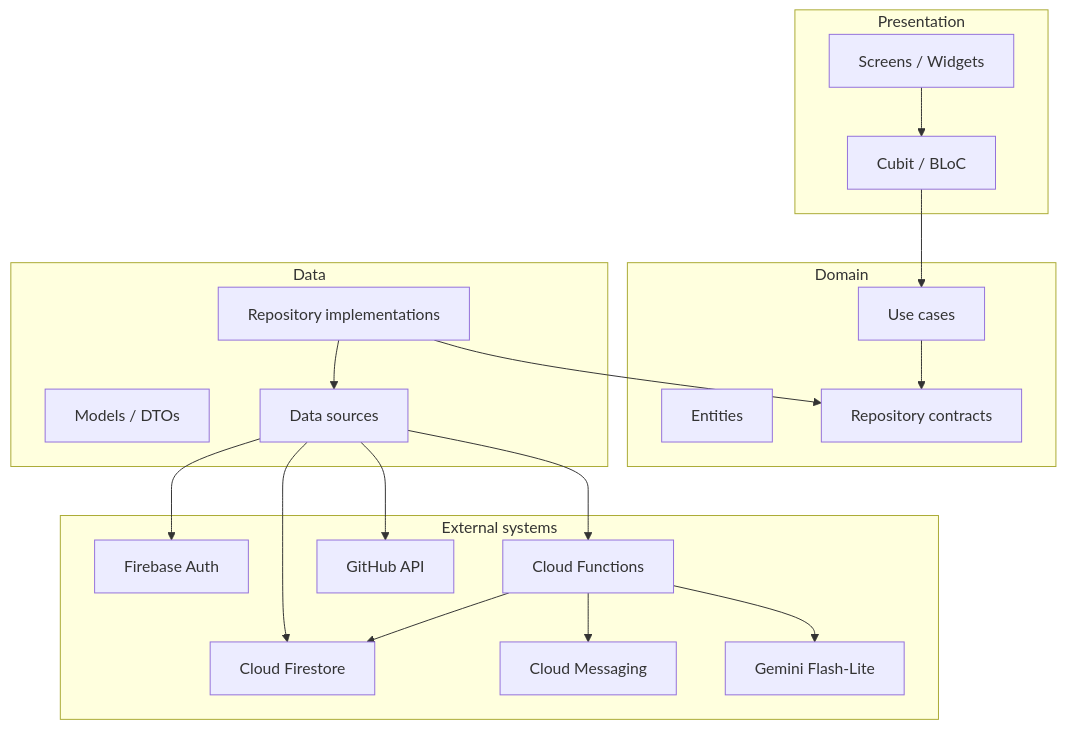
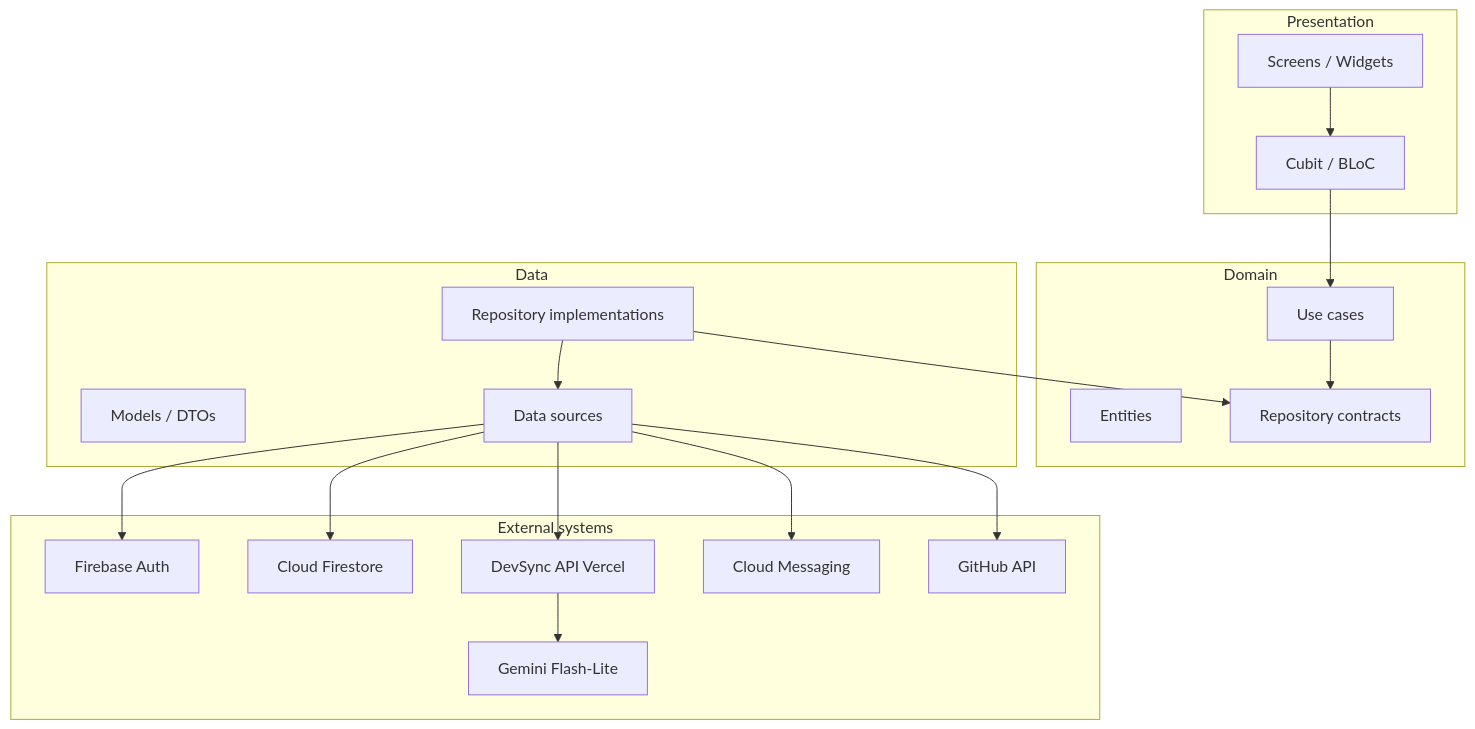
The diagram in README.md (devDoniaAlhosin/devsync-open-source-collaboration-app), drawn with Mermaid before and after one commit. The commit also changed other lines of this file, not shown here.

Commit message:
Document Firestore vs Vercel boundaries and why /auth/session exists.

````diff
--- a/README.md
+++ b/README.md
@@ -176,41 +177,40 @@
 ```mermaid
 flowchart TB
   subgraph Presentation["Presentation"]
     Screens["Screens / Widgets"]
     Cubits["Cubit / BLoC"]
   end
 
   subgraph Domain["Domain"]
     UseCases["Use cases"]
     Entities["Entities"]
     Contracts["Repository contracts"]
   end
 
   subgraph Data["Data"]
     Repos["Repository implementations"]
     Models["Models / DTOs"]
     Sources["Data sources"]
   end
 
   subgraph External["External systems"]
     Auth["Firebase Auth"]
     FS["Cloud Firestore"]
-    Functions["Cloud Functions"]
+    DevSyncAPI["DevSync API Vercel"]
     FCM["Cloud Messaging"]
     GitHub["GitHub API"]
     LLM["Gemini Flash-Lite"]
   end
 
   Screens --> Cubits
   Cubits --> UseCases
   UseCases --> Contracts
   Repos --> Contracts
   Repos --> Sources
   Sources --> Auth
   Sources --> FS
-  Sources --> Functions
-  Functions --> FS
-  Functions --> FCM
-  Functions --> LLM
+  Sources --> DevSyncAPI
+  DevSyncAPI --> LLM
   Sources --> GitHub
+  Sources --> FCM
 ```
````
